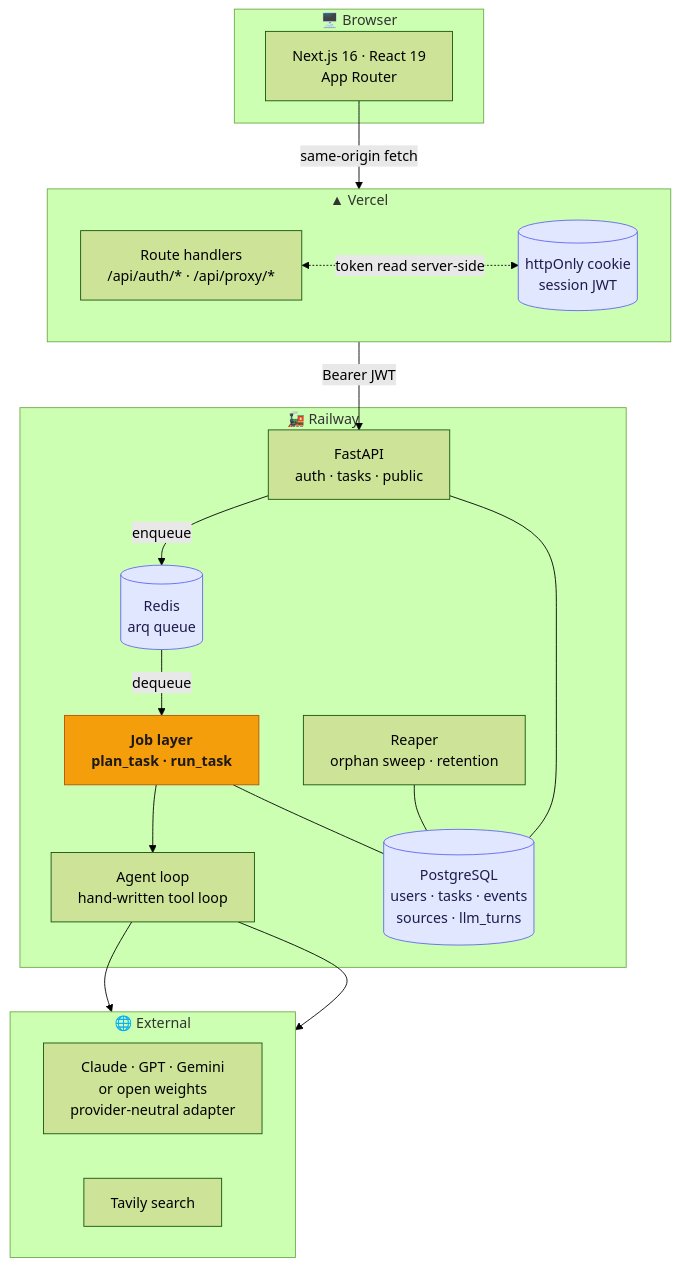
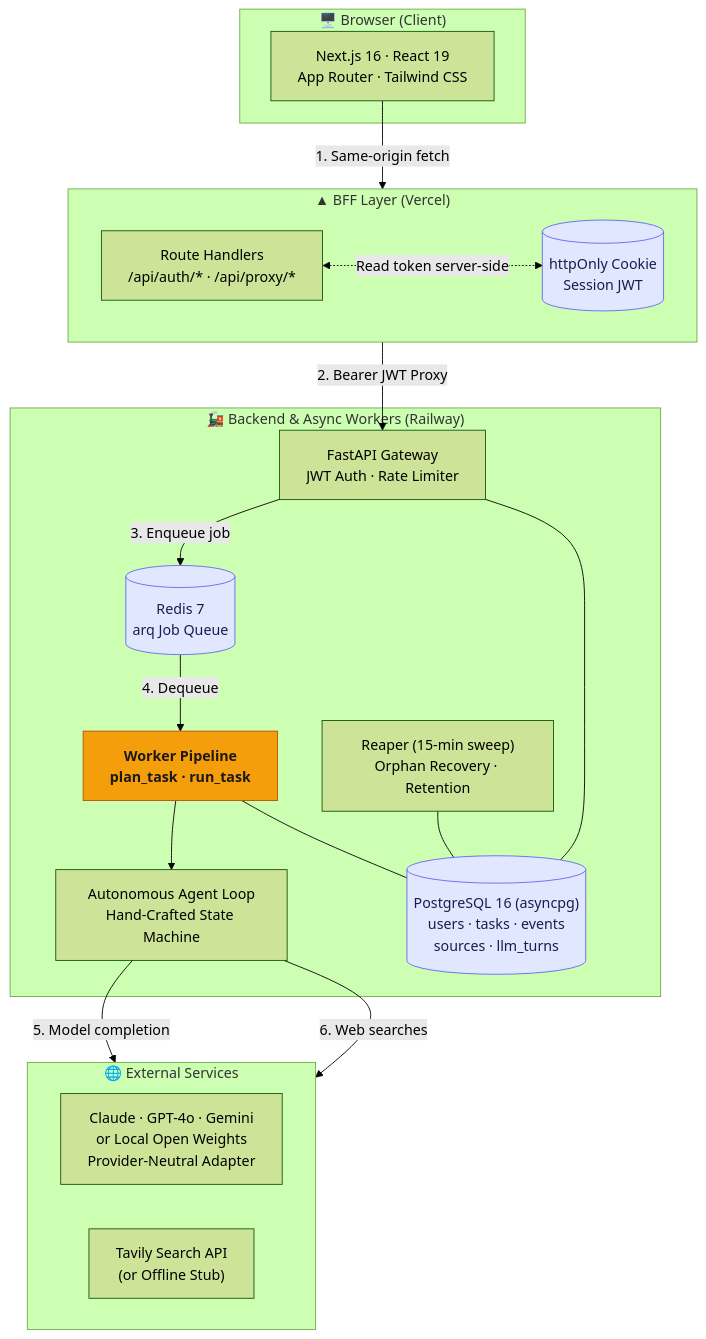
One commit to Samuelj16/Human-in-the-Loop changed the diagram in README.md. Above: the diagram before and after it, drawn with Mermaid (forest theme). The commit also changed other lines of this file and 29 other files, not shown here.

Commit message:
docs: add architecture diagram and 'The Why' deep dive; fix web telemetry events bug

````diff
--- a/README.md
+++ b/README.md
@@ -51,44 +55,44 @@
 ```mermaid
 flowchart TD
-    subgraph browser["🖥️  Browser"]
-        UI["Next.js 16 · React 19<br/>App Router"]
+    subgraph browser["🖥️  Browser (Client)"]
+        UI["Next.js 16 · React 19<br/>App Router · Tailwind CSS"]
     end
 
-    subgraph vercel["▲  Vercel"]
+    subgraph vercel["▲  BFF Layer (Vercel)"]
         direction LR
-        RH["Route handlers<br/>/api/auth/* · /api/proxy/*"]
-        CK[("httpOnly cookie<br/>session JWT")]
+        RH["Route Handlers<br/>/api/auth/* · /api/proxy/*"]
+        CK[("httpOnly Cookie<br/>Session JWT")]
     end
 
-    subgraph railway["🚂  Railway"]
-        API["FastAPI<br/>auth · tasks · public"]
-        RD[("Redis<br/>arq queue")]
-        JOBS["Job layer<br/>plan_task · run_task"]
-        AGENT["Agent loop<br/>hand-written tool loop"]
-        PG[("PostgreSQL<br/>users · tasks · events<br/>sources · llm_turns")]
-        REAP["Reaper<br/>orphan sweep · retention"]
+    subgraph railway["🚂  Backend & Async Workers (Railway)"]
+        API["FastAPI Gateway<br/>JWT Auth · Rate Limiter"]
+        RD[("Redis 7<br/>arq Job Queue")]
+        JOBS["Worker Pipeline<br/>plan_task · run_task"]
+        AGENT["Autonomous Agent Loop<br/>Hand-Crafted State Machine"]
+        PG[("PostgreSQL 16 (asyncpg)<br/>users · tasks · events<br/>sources · llm_turns")]
+        REAP["Reaper (15-min sweep)<br/>Orphan Recovery · Retention"]
     end
 
-    subgraph ext["🌐  External"]
+    subgraph ext["🌐  External Services"]
         direction LR
-        LLM["Claude · GPT · Gemini<br/>or open weights<br/>provider-neutral adapter"]
-        TAV["Tavily search"]
+        LLM["Claude · GPT-4o · Gemini<br/>or Local Open Weights<br/>Provider-Neutral Adapter"]
+        TAV["Tavily Search API<br/>(or Offline Stub)"]
     end
 
-    UI -->|"same-origin fetch"| RH
-    RH <-.->|"token read server-side"| CK
-    RH -->|"Bearer JWT"| API
-    API -->|"enqueue"| RD
-    RD -->|"dequeue"| JOBS
+    UI -->|"1. Same-origin fetch"| RH
+    RH <-.->|"Read token server-side"| CK
+    RH -->|"2. Bearer JWT Proxy"| API
+    API -->|"3. Enqueue job"| RD
+    RD -->|"4. Dequeue"| JOBS
     JOBS --> AGENT
-    AGENT --> LLM
-    AGENT --> TAV
+    AGENT -->|"5. Model completion"| LLM
+    AGENT -->|"6. Web searches"| TAV
     API --- PG
     JOBS --- PG
     REAP --- PG
 
     classDef gate fill:#f59e0b,stroke:#b45309,color:#1c1917,font-weight:bold
     classDef store fill:#e0e7ff,stroke:#6366f1,color:#1e1b4b
     class JOBS gate
     class PG,RD,CK store
 ```
````
